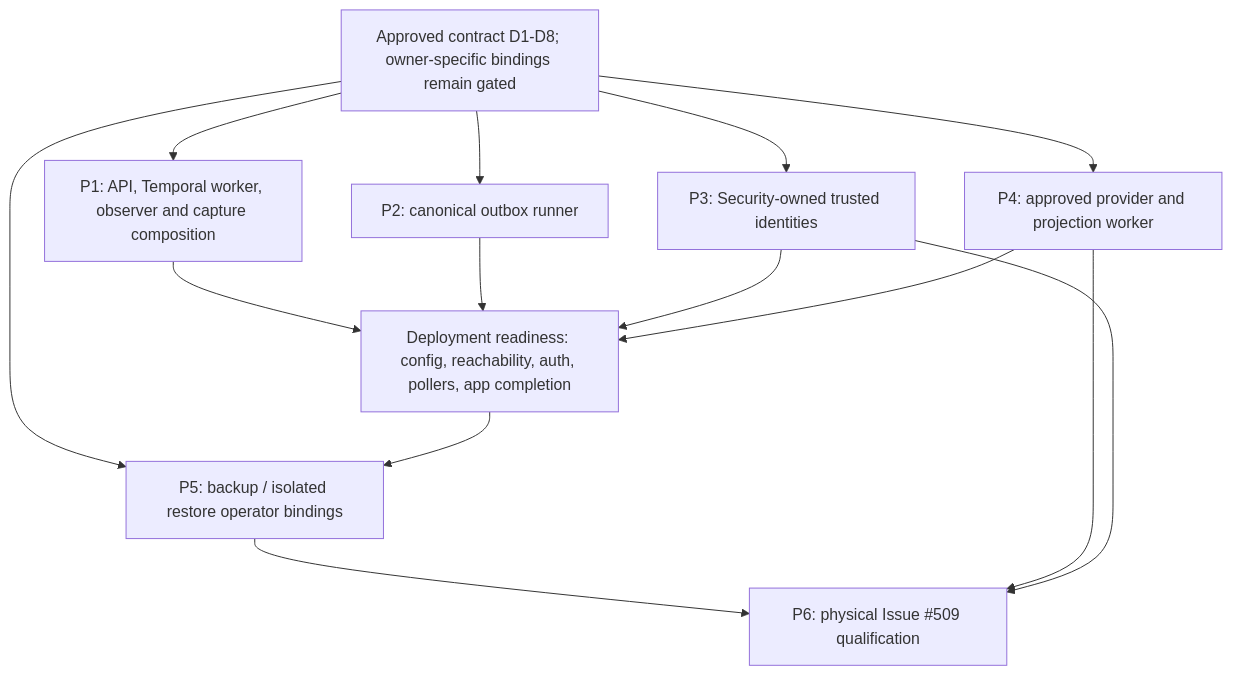
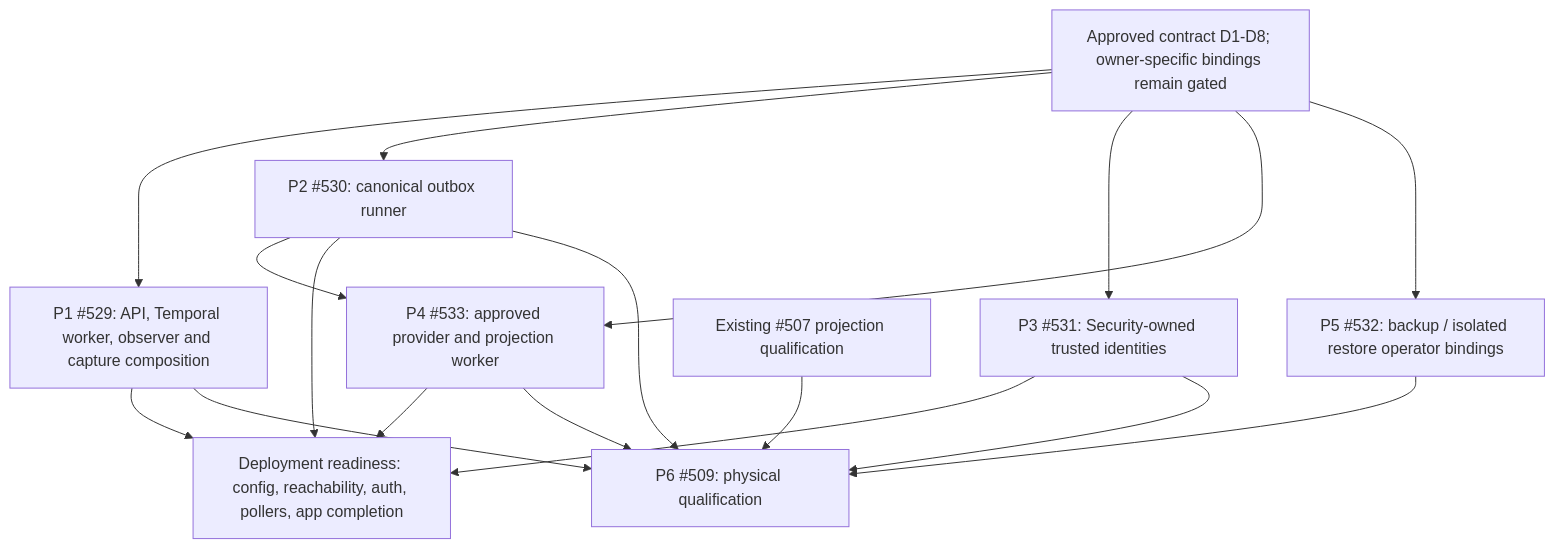
One commit to alkselsv/spine changed the diagram in docs/specs/issue-509-production-composition-handoff.md. Above: the diagram before and after it, drawn with Mermaid. The commit also changed other lines of this file, not shown here.

````diff
--- a/docs/specs/issue-509-production-composition-handoff.md
+++ b/docs/specs/issue-509-production-composition-handoff.md
@@ -113,24 +108,28 @@
 ```mermaid
 flowchart TD
   A[Approved contract D1-D8; owner-specific bindings remain gated]
-  B[P1: API, Temporal worker, observer and capture composition]
-  C[P2: canonical outbox runner]
-  D[P3: Security-owned trusted identities]
-  E[P4: approved provider and projection worker]
-  F[P5: backup / isolated restore operator bindings]
+  B[P1 #529: API, Temporal worker, observer and capture composition]
+  C[P2 #530: canonical outbox runner]
+  D[P3 #531: Security-owned trusted identities]
+  E[P4 #533: approved provider and projection worker]
+  F[P5 #532: backup / isolated restore operator bindings]
   G[Deployment readiness: config, reachability, auth, pollers, app completion]
-  H[P6: physical Issue #509 qualification]
+  H[P6 #509: physical qualification]
+  I[Existing #507 projection qualification]
   A --> B
   A --> C
   A --> D
   A --> E
   A --> F
+  C --> E
+  I --> H
   B --> G
   C --> G
   D --> G
   E --> G
-  G --> F
+  B --> H
+  C --> H
+  D --> H
+  E --> H
   F --> H
-  E --> H
-  D --> H
 ```
````
